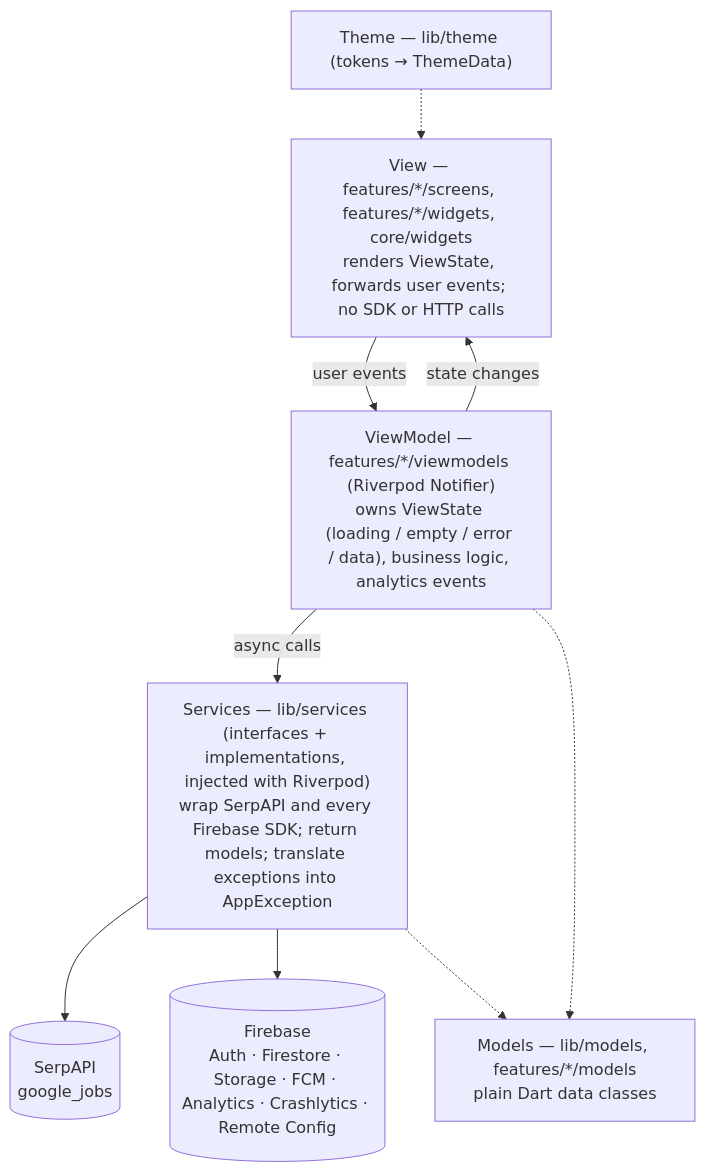
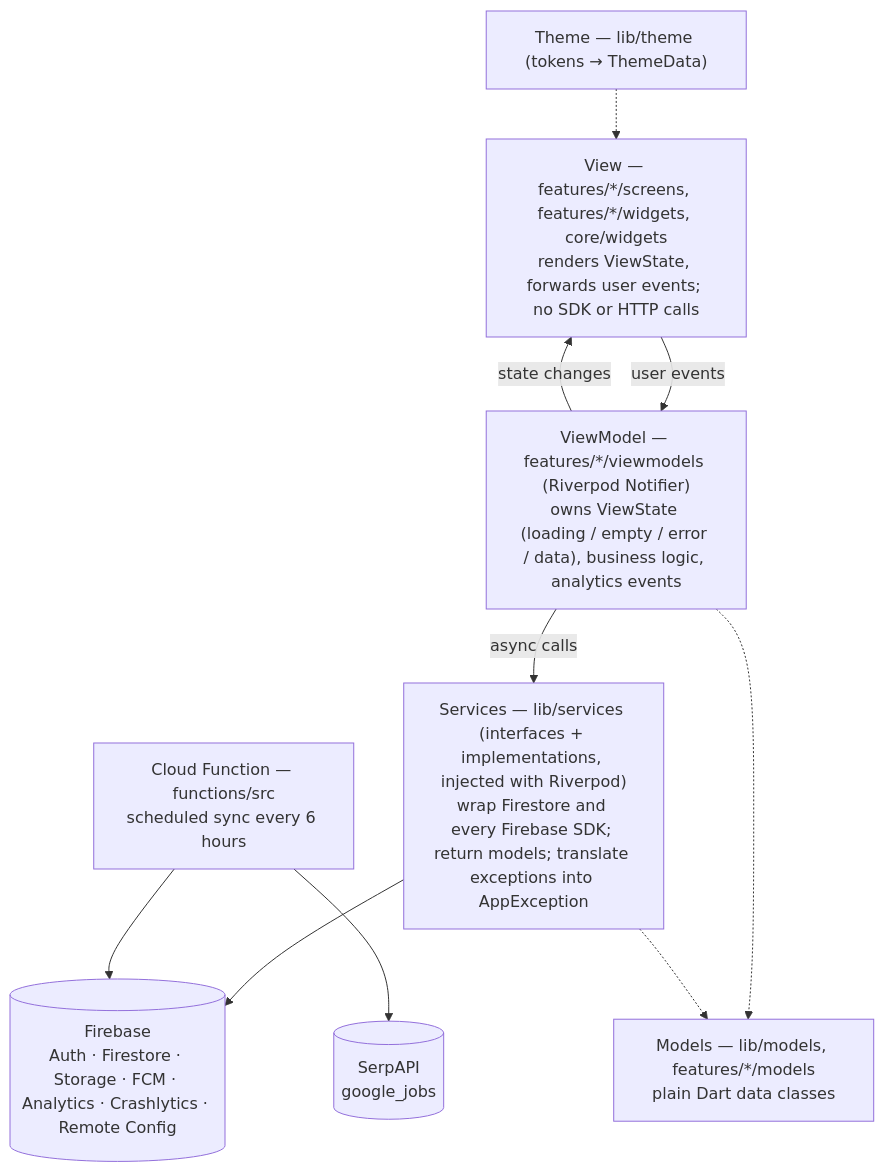
One commit to lamtailoi2/prm323_lab3 changed the first of 2 diagrams in docs/architecture.md. Above: the diagram before and after it, drawn with Mermaid. The commit also changed other lines of this file and 60 other files, not shown here.

````diff
--- a/docs/architecture.md
+++ b/docs/architecture.md
@@ -9,18 +9,20 @@
 ```mermaid
 flowchart TB
     V["View — features/*/screens, features/*/widgets, core/widgets<br/>renders ViewState, forwards user events; no SDK or HTTP calls"]
     VM["ViewModel — features/*/viewmodels (Riverpod Notifier)<br/>owns ViewState (loading / empty / error / data), business logic, analytics events"]
-    S["Services — lib/services (interfaces + implementations, injected with Riverpod)<br/>wrap SerpAPI and every Firebase SDK; return models; translate exceptions into AppException"]
+    S["Services — lib/services (interfaces + implementations, injected with Riverpod)<br/>wrap Firestore and every Firebase SDK; return models; translate exceptions into AppException"]
     M["Models — lib/models, features/*/models<br/>plain Dart data classes"]
+    CF["Cloud Function — functions/src<br/>scheduled sync every 6 hours"]
     API[("SerpAPI<br/>google_jobs")]
     FB[("Firebase<br/>Auth · Firestore · Storage · FCM · Analytics · Crashlytics · Remote Config")]
 
     V -- "user events" --> VM
     VM -- "state changes" --> V
     VM -- "async calls" --> S
-    S --> API
     S --> FB
+    CF --> API
+    CF --> FB
     VM -.-> M
     S -.-> M
     T["Theme — lib/theme (tokens → ThemeData)"] -.-> V
 ```
````
